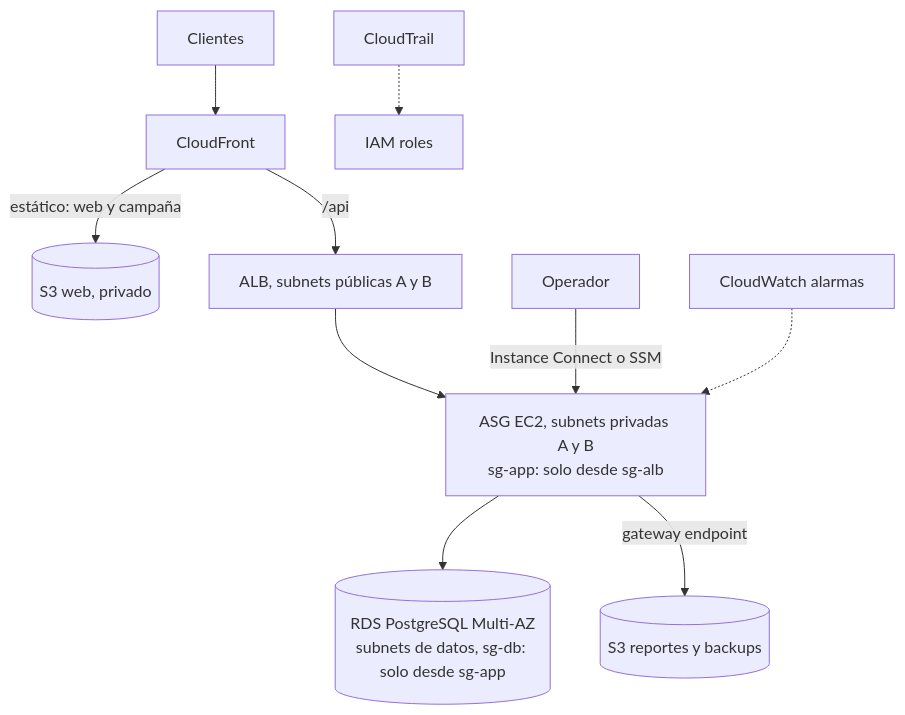
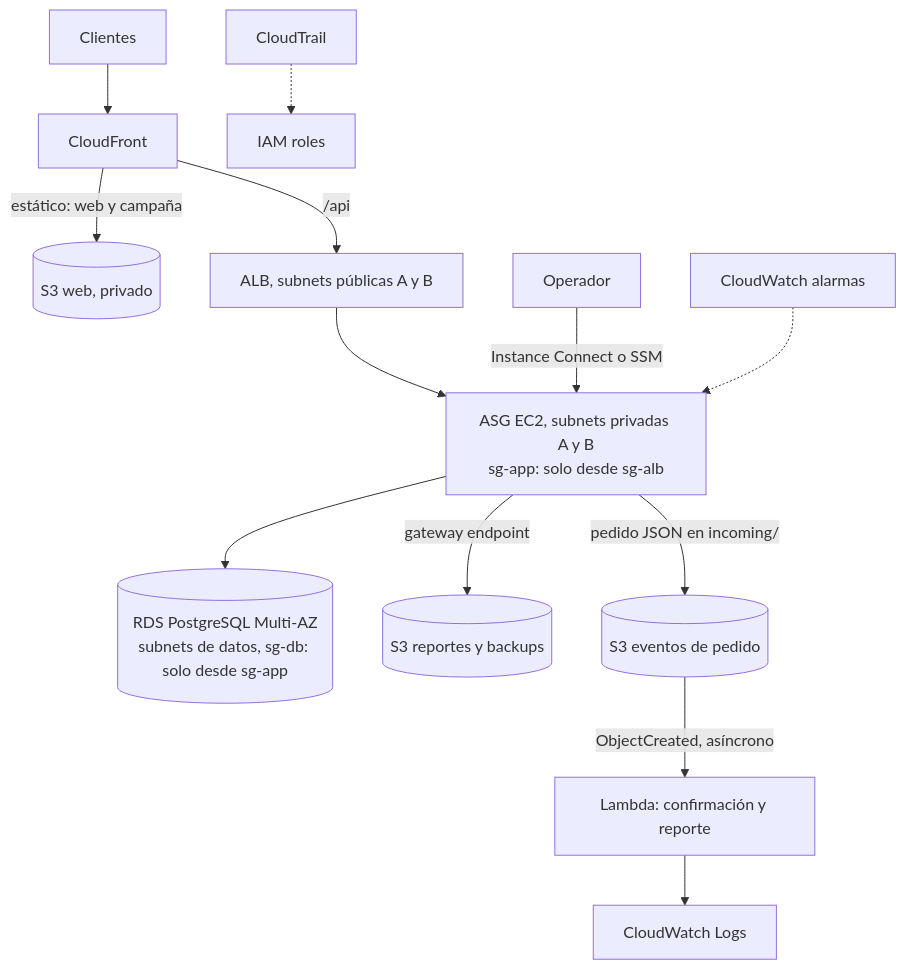
The diagram in assignments/architecture-challenge/decision-brief.md (sjunka/ComputacionEnNube), drawn with Mermaid before and after one commit. The commit also changed other lines of this file and 6 other files, not shown here.

Commit message:
Architecture Challenge: Brief final con Labs 01 a 07, Lambda por evento, PDF de entrega y README

````diff
--- a/assignments/architecture-challenge/decision-brief.md
+++ b/assignments/architecture-challenge/decision-brief.md
@@ -24,12 +24,15 @@
 ```mermaid
 flowchart TB
   U[Clientes] --> CF[CloudFront]
   CF -->|estático: web y campaña| S3[(S3 web, privado)]
   CF -->|/api| ALB[ALB, subnets públicas A y B]
   ALB --> APP[ASG EC2, subnets privadas A y B<br/>sg-app: solo desde sg-alb]
   APP --> DB[(RDS PostgreSQL Multi-AZ<br/>subnets de datos, sg-db: solo desde sg-app)]
   APP -->|gateway endpoint| S3B[(S3 reportes y backups)]
+  APP -->|pedido JSON en incoming/| S3E[(S3 eventos de pedido)]
+  S3E -->|ObjectCreated, asíncrono| L[Lambda: confirmación y reporte]
+  L --> LOG[CloudWatch Logs]
   OP[Operador] -->|Instance Connect o SSM| APP
   CW[CloudWatch alarmas] -.-> APP
   CT[CloudTrail] -.-> IAM[IAM roles]
 ```
````
